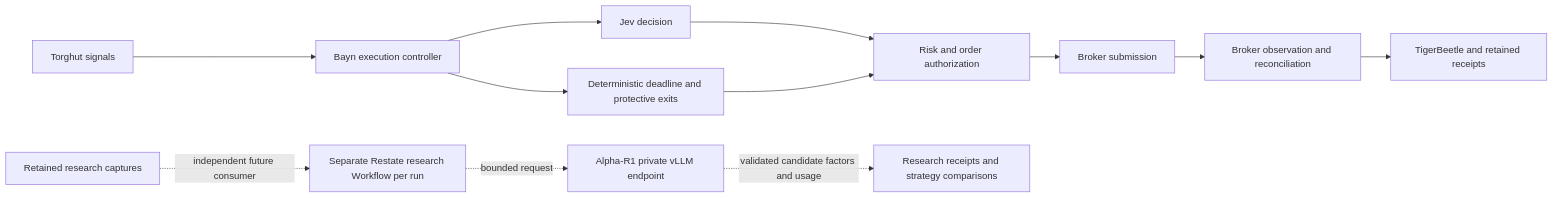
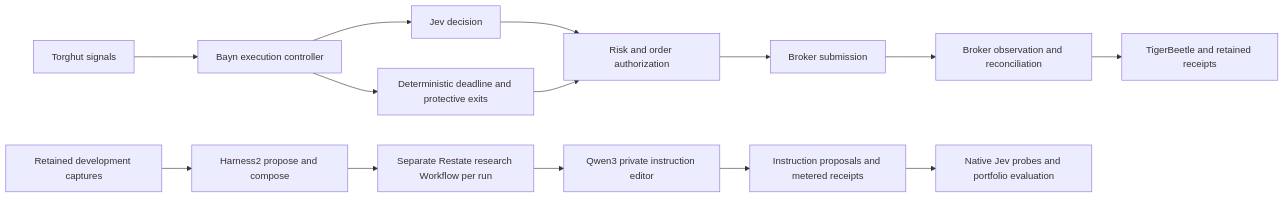
The diagram in services/bayn-model/README.md (gregkonush/lab), drawn with Mermaid before and after one commit. The commit also changed other lines of this file and 47 other files, not shown here.

Commit message:
feat(bayn)!: compile native Jev variants and replace Alpha-R1

````diff
--- a/services/bayn-model/README.md
+++ b/services/bayn-model/README.md
@@ -53,14 +60,16 @@
 ```mermaid
 flowchart LR
   TA[Torghut signals] --> C[Bayn execution controller]
   C --> J[Jev decision]
   J --> R[Risk and order authorization]
   R --> B[Broker submission]
   B --> O[Broker observation and reconciliation]
   O --> L[TigerBeetle and retained receipts]
   C --> X[Deterministic deadline and protective exits]
   X --> R
-  S[Retained research captures] -. independent future consumer .-> W[Separate Restate research Workflow per run]
-  W -. bounded request .-> M[Alpha-R1 private vLLM endpoint]
-  M -. validated candidate factors and usage .-> E[Research receipts and strategy comparisons]
+  S[Retained development captures] --> H[Harness2 propose and compose]
+  H --> W[Separate Restate research Workflow per run]
+  W --> M[Qwen3 private instruction editor]
+  M --> E[Instruction proposals and metered receipts]
+  E --> J2[Native Jev probes and portfolio evaluation]
 ```
````
